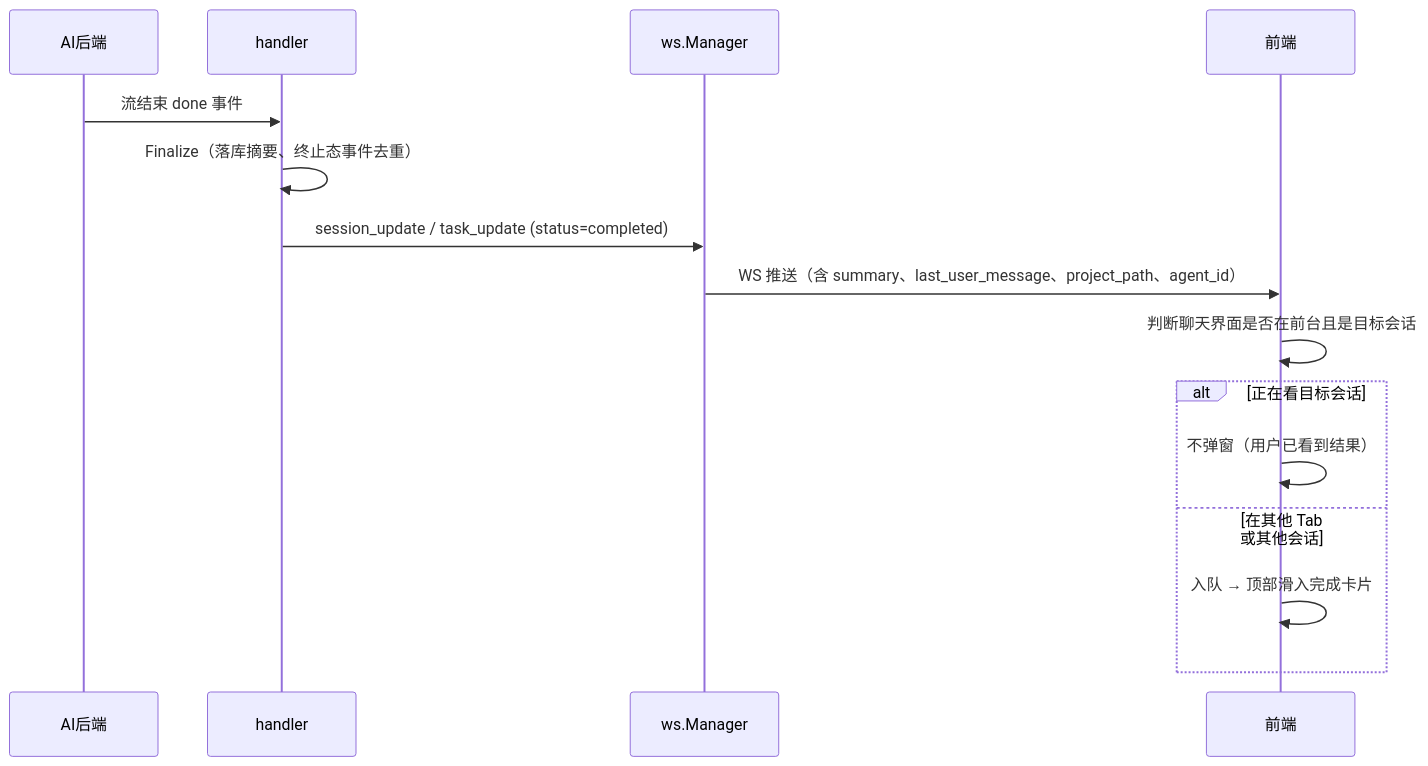
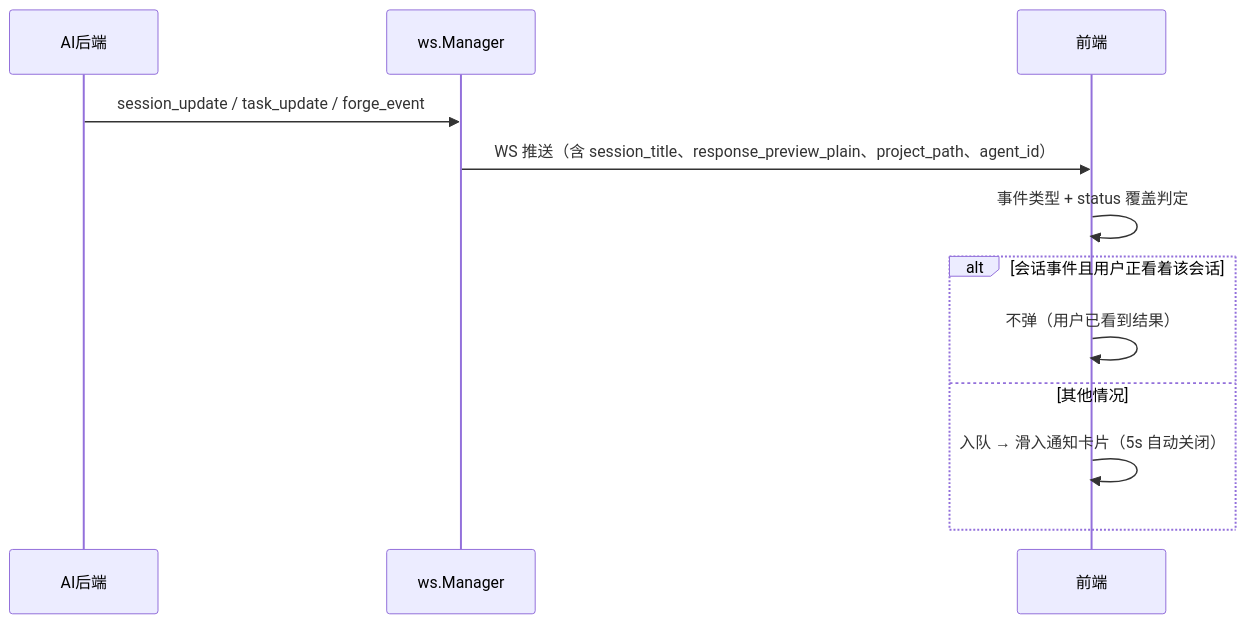
The first of 2 diagrams in docs/spec/features/completion-popup.md (clawbench-dev/clawbench), drawn with Mermaid before and after one commit. The commit also changed other lines of this file and 22 other files, not shown here.

````diff
--- a/docs/spec/features/completion-popup.md
+++ b/docs/spec/features/completion-popup.md
@@ -9,18 +11,15 @@
 ```mermaid
 sequenceDiagram
     participant AI后端
-    participant handler
     participant ws.Manager
     participant 前端
 
-    AI后端->>handler: 流结束 done 事件
-    handler->>handler: Finalize（落库摘要、终止态事件去重）
-    handler->>ws.Manager: session_update / task_update (status=completed)
-    ws.Manager->>前端: WS 推送（含 summary、last_user_message、project_path、agent_id）
-    前端->>前端: 判断聊天界面是否在前台且是目标会话
-    alt 正在看目标会话
-        前端->>前端: 不弹窗（用户已看到结果）
-    else 在其他 Tab 或其他会话
-        前端->>前端: 入队 → 顶部滑入完成卡片
+    AI后端->>ws.Manager: session_update / task_update / forge_event
+    ws.Manager->>前端: WS 推送（含 session_title、response_preview_plain、project_path、agent_id）
+    前端->>前端: 事件类型 + status 覆盖判定
+    alt 会话事件且用户正看着该会话
+        前端->>前端: 不弹（用户已看到结果）
+    else 其他情况
+        前端->>前端: 入队 → 滑入通知卡片（5s 自动关闭）
     end
 ```
````
